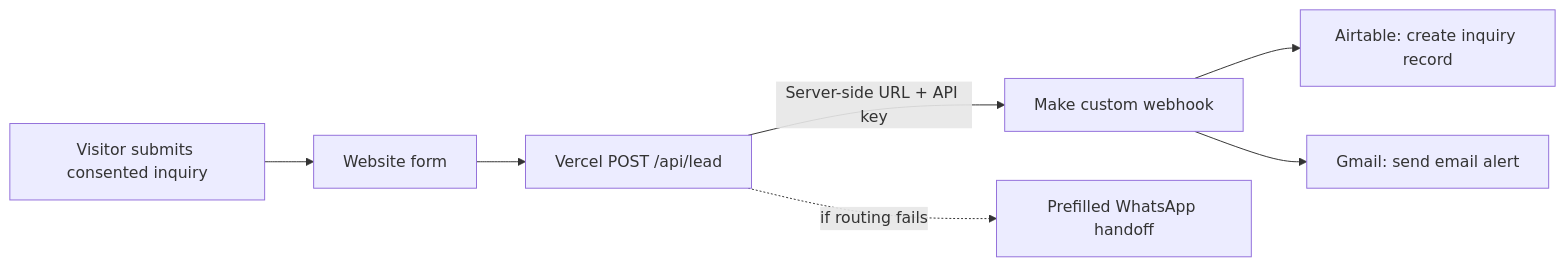
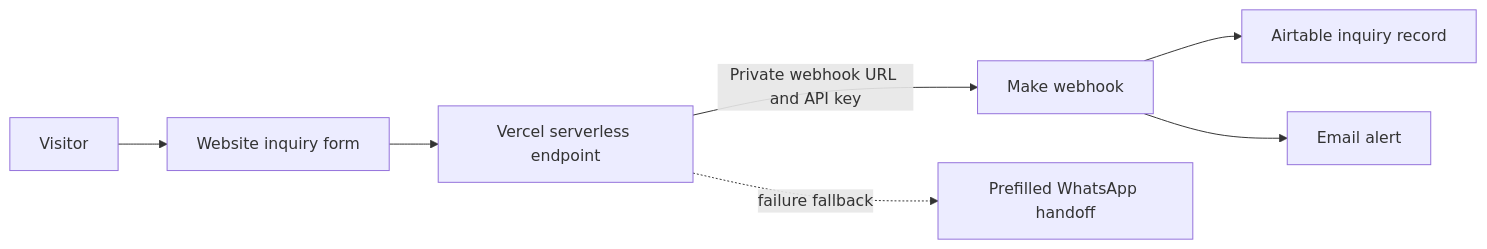
One commit to manankhan53/digiracket-lead-intake-automation changed the diagram in README.md. Above: the diagram before and after it, drawn with Mermaid. The commit also changed other lines of this file and 3 other files, not shown here.

````diff
--- a/README.md
+++ b/README.md
@@ -16,9 +19,9 @@
 ```mermaid
 flowchart LR
-  A[Visitor submits consented inquiry] --> B[Website form]
-  B --> C[Vercel POST /api/lead]
-  C -->|Server-side URL + API key| D[Make custom webhook]
-  D --> E[Airtable: create inquiry record]
-  D --> F[Gmail: send email alert]
-  C -. if routing fails .-> G[Prefilled WhatsApp handoff]
+  A[Visitor] --> B[Website inquiry form]
+  B --> C[Vercel serverless endpoint]
+  C -->|Private webhook URL and API key| D[Make webhook]
+  D --> E[Airtable inquiry record]
+  D --> F[Email alert]
+  C -. failure fallback .-> G[Prefilled WhatsApp handoff]
 ```
````
